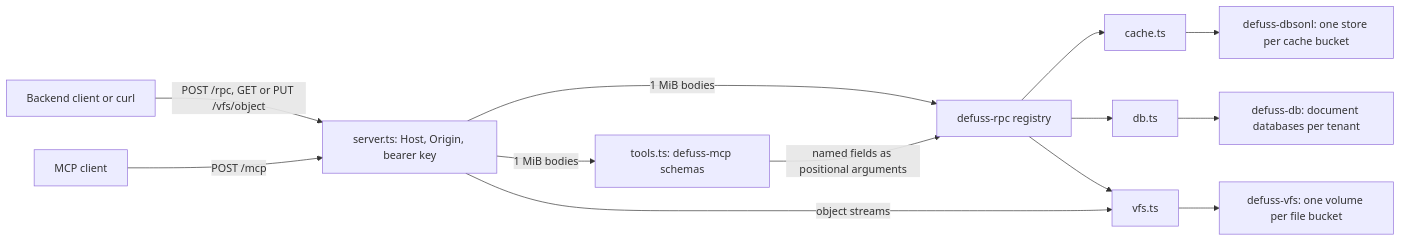
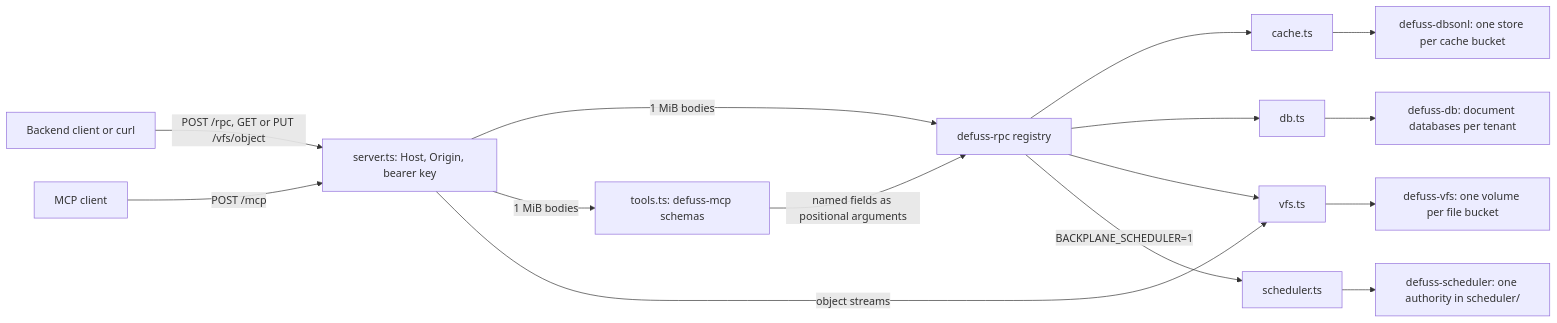
The diagram in ARCH.md (kyr0/defuss-backplane), drawn with Mermaid before and after one commit. The commit also changed other lines of this file and 20 other files, not shown here.

First line of the commit message:
defuss-backplane 0.3.0 with opt-in scheduling

````diff
--- a/ARCH.md
+++ b/ARCH.md
@@ -16,15 +16,17 @@
 ```mermaid
 flowchart LR
   backend["Backend client or curl"] -->|"POST /rpc, GET or PUT /vfs/object"| server["server.ts: Host, Origin, bearer key"]
   agent["MCP client"] -->|"POST /mcp"| server
   server -->|"1 MiB bodies"| rpc["defuss-rpc registry"]
   server -->|"1 MiB bodies"| mcp["tools.ts: defuss-mcp schemas"]
   server -->|"object streams"| vfs["vfs.ts"]
   mcp -->|"named fields as positional arguments"| rpc
   rpc --> cache["cache.ts"]
   rpc --> db["db.ts"]
   rpc --> vfs
+  rpc -->|"BACKPLANE_SCHEDULER=1"| sched["scheduler.ts"]
   cache --> dbsonl["defuss-dbsonl: one store per cache bucket"]
   db --> ddb["defuss-db: document databases per tenant"]
   vfs --> volume["defuss-vfs: one volume per file bucket"]
+  sched --> authority["defuss-scheduler: one authority in scheduler/"]
 ```
````
